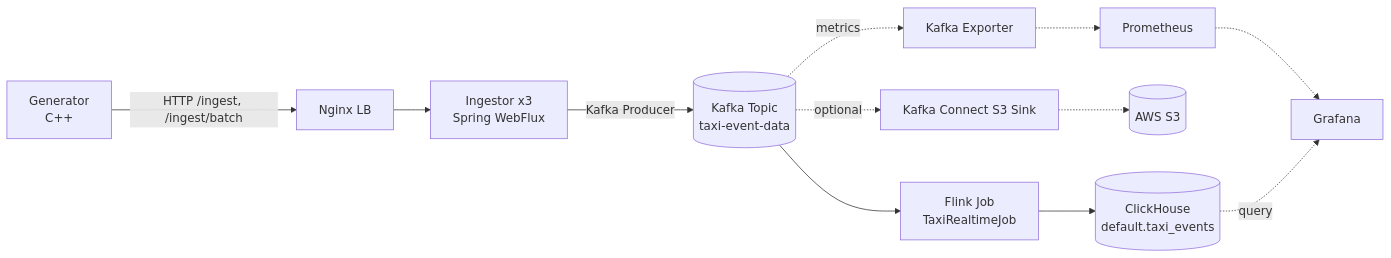
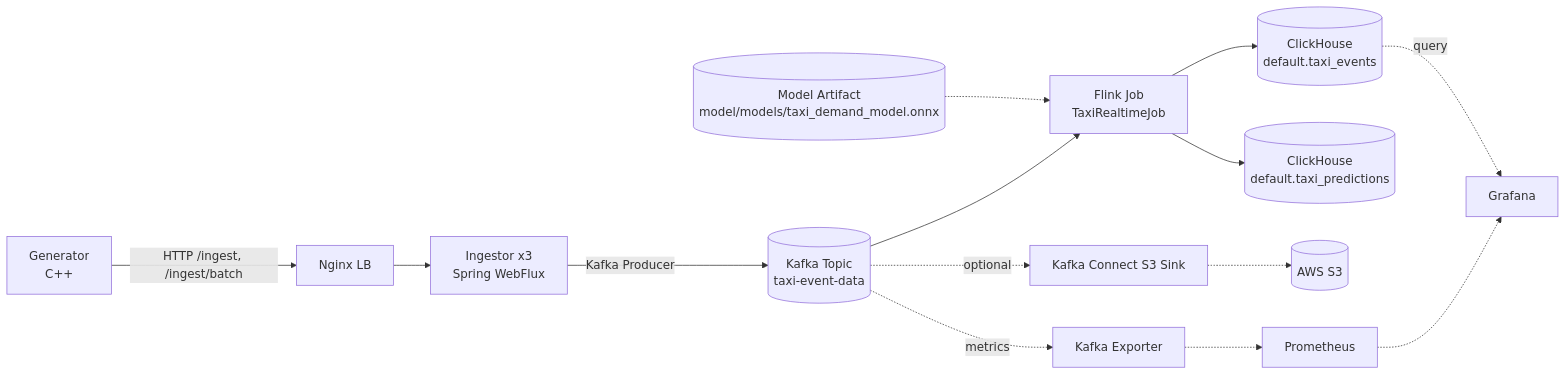
One commit to YBIGTA/27th-DE-WinterProject changed the diagram in docs/system-architecture.md. Above: the diagram before and after it, drawn with Mermaid. The commit also changed other lines of this file and 21 other files, not shown here.

````diff
--- a/docs/system-architecture.md
+++ b/docs/system-architecture.md
@@ -23,16 +23,18 @@
 ```mermaid
 flowchart LR
     A[Generator<br/>C++] -->|HTTP /ingest, /ingest/batch| B[Nginx LB]
     B --> C[Ingestor x3<br/>Spring WebFlux]
     C -->|Kafka Producer| D[(Kafka Topic<br/>taxi-event-data)]
     D --> E[Flink Job<br/>TaxiRealtimeJob]
     E --> F[(ClickHouse<br/>default.taxi_events)]
+    E --> F2[(ClickHouse<br/>default.taxi_predictions)]
+    M[(Model Artifact<br/>model/models/taxi_demand_model.onnx)] -.-> E
 
     D -. optional .-> G[Kafka Connect S3 Sink]
     G -.-> H[(AWS S3)]
 
     D -. metrics .-> I[Kafka Exporter]
     I -.-> J[Prometheus]
     J -.-> K[Grafana]
     F -. query .-> K
 ```
````
